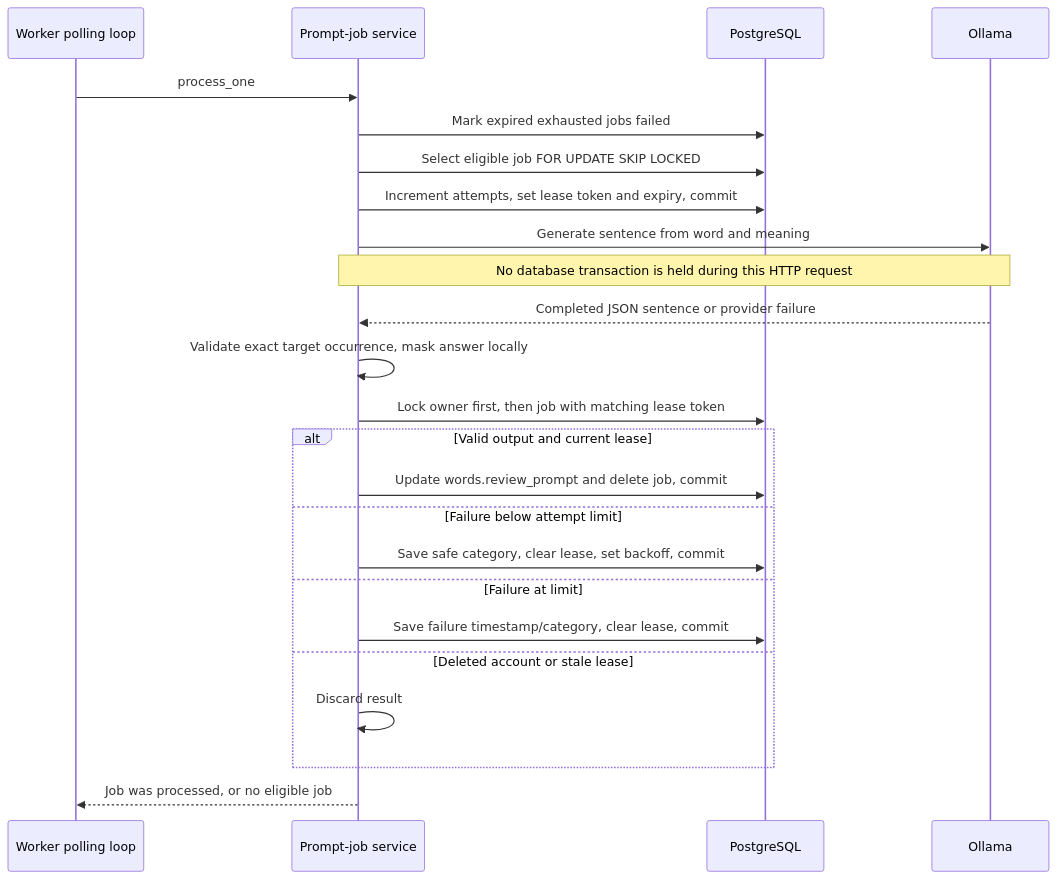
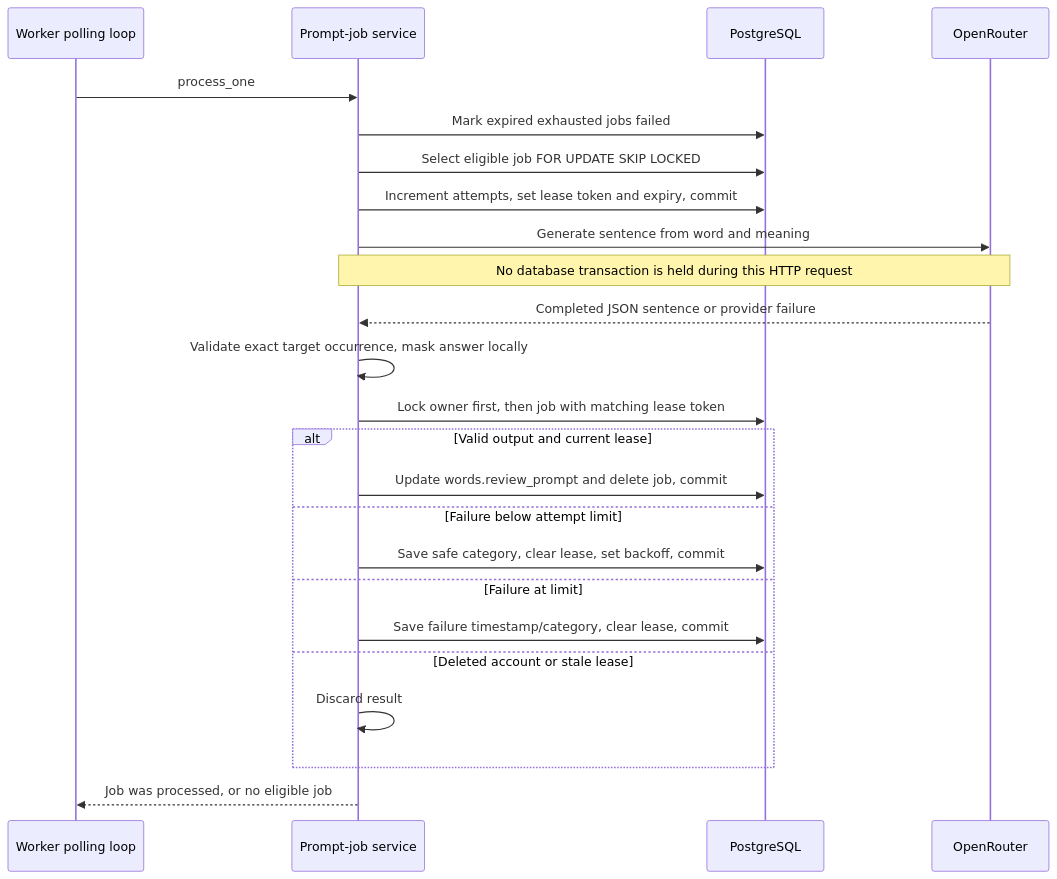
The ninth of 12 diagrams in docs/backend-architecture.md (jerrynguyen0210/english-vocab-app), drawn with Mermaid before and after one commit. The commit also changed other lines of this file and 17 other files, not shown here.

Commit message:
Switch review prompt generation to OpenRouter

````diff
--- a/docs/backend-architecture.md
+++ b/docs/backend-architecture.md
@@ -367,26 +367,26 @@
 ```mermaid
 sequenceDiagram
     participant W as Worker polling loop
     participant Q as Prompt-job service
     participant D as PostgreSQL
-    participant O as Ollama
+    participant O as OpenRouter
     W->>Q: process_one
     Q->>D: Mark expired exhausted jobs failed
     Q->>D: Select eligible job FOR UPDATE SKIP LOCKED
     Q->>D: Increment attempts, set lease token and expiry, commit
     Q->>O: Generate sentence from word and meaning
     Note over Q,O: No database transaction is held during this HTTP request
     O-->>Q: Completed JSON sentence or provider failure
     Q->>Q: Validate exact target occurrence, mask answer locally
     Q->>D: Lock owner first, then job with matching lease token
     alt Valid output and current lease
         Q->>D: Update words.review_prompt and delete job, commit
     else Failure below attempt limit
         Q->>D: Save safe category, clear lease, set backoff, commit
     else Failure at limit
         Q->>D: Save failure timestamp/category, clear lease, commit
     else Deleted account or stale lease
         Q->>Q: Discard result
     end
     Q-->>W: Job was processed, or no eligible job
 ```
````
